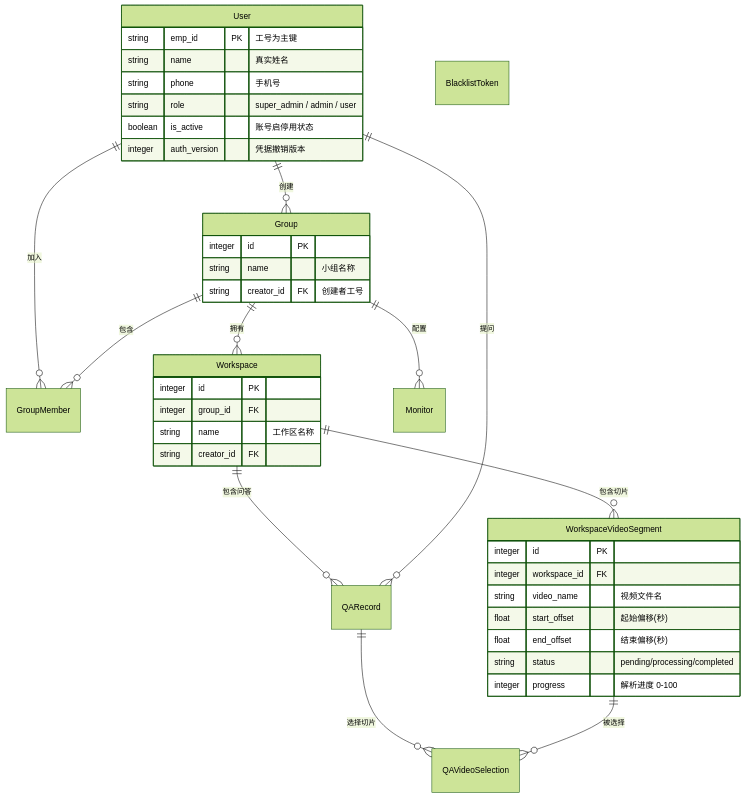
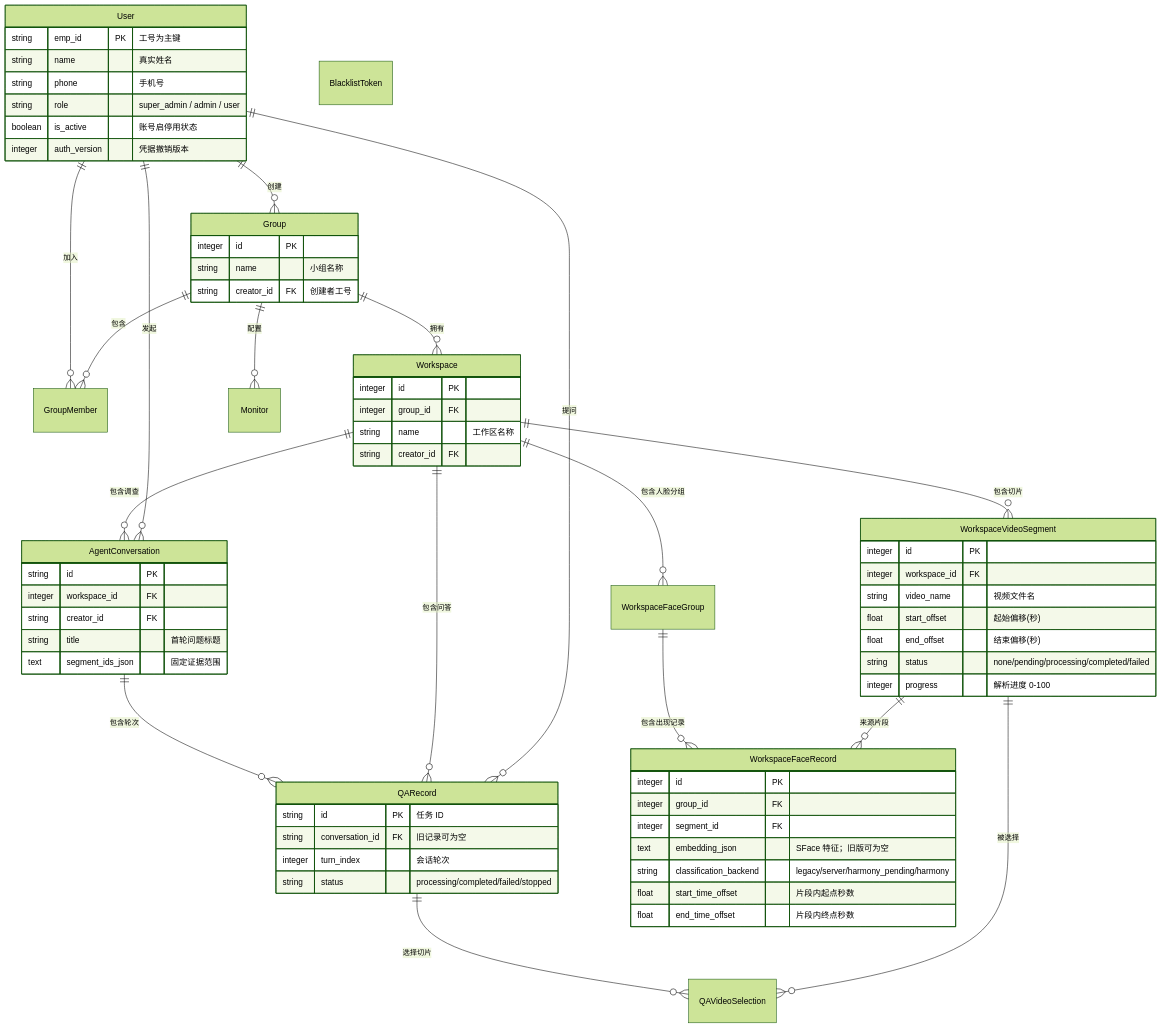
Before and after one commit to EmadowKy/pureyes-harmony: the diagram in docs/developer-guide/05-database-schema.md, drawn with Mermaid (forest theme). The commit also changed other lines of this file and 30 other files, not shown here.

Commit message:
Restore face recognition and agent investigation features

````diff
--- a/docs/developer-guide/05-database-schema.md
+++ b/docs/developer-guide/05-database-schema.md
@@ -9,46 +9,77 @@
 ```mermaid
 erDiagram
     User ||--o{ Group : "创建"
     User ||--o{ GroupMember : "加入"
     Group ||--o{ GroupMember : "包含"
     Group ||--o{ Workspace : "拥有"
     Group ||--o{ Monitor : "配置"
     Workspace ||--o{ WorkspaceVideoSegment : "包含切片"
+    Workspace ||--o{ AgentConversation : "包含调查"
+    AgentConversation ||--o{ QARecord : "包含轮次"
     Workspace ||--o{ QARecord : "包含问答"
+    Workspace ||--o{ WorkspaceFaceGroup : "包含人脸分组"
+    WorkspaceFaceGroup ||--o{ WorkspaceFaceRecord : "包含出现记录"
+    WorkspaceVideoSegment ||--o{ WorkspaceFaceRecord : "来源片段"
     QARecord ||--o{ QAVideoSelection : "选择切片"
     WorkspaceVideoSegment ||--o{ QAVideoSelection : "被选择"
     User ||--o{ QARecord : "提问"
+    User ||--o{ AgentConversation : "发起"
     BlacklistToken
 
     User {
         string emp_id PK "工号为主键"
         string name "真实姓名"
         string phone "手机号"
         string role "super_admin / admin / user"
         boolean is_active "账号启停用状态"
         integer auth_version "凭据撤销版本"
     }
 
     Group {
         integer id PK
         string name "小组名称"
         string creator_id FK "创建者工号"
     }
 
     Workspace {
         integer id PK
         integer group_id FK
         string name "工作区名称"
         string creator_id FK
     }
 
     WorkspaceVideoSegment {
         integer id PK
         integer workspace_id FK
         string video_name "视频文件名"
         float start_offset "起始偏移(秒)"
         float end_offset "结束偏移(秒)"
-        string status "pending/processing/completed"
+        string status "none/pending/processing/completed/failed"
         integer progress "解析进度 0-100"
     }
+
+    WorkspaceFaceRecord {
+        integer id PK
+        integer group_id FK
+        integer segment_id FK
+        text embedding_json "SFace 特征；旧版可为空"
+        string classification_backend "legacy/server/harmony_pending/harmony"
+        float start_time_offset "片段内起点秒数"
+        float end_time_offset "片段内终点秒数"
+    }
+
+    AgentConversation {
+        string id PK
+        integer workspace_id FK
+        string creator_id FK
+        string title "首轮问题标题"
+        text segment_ids_json "固定证据范围"
+    }
+
+    QARecord {
+        string id PK "任务 ID"
+        string conversation_id FK "旧记录可为空"
+        integer turn_index "会话轮次"
+        string status "processing/completed/failed/stopped"
+    }
 ```
````
